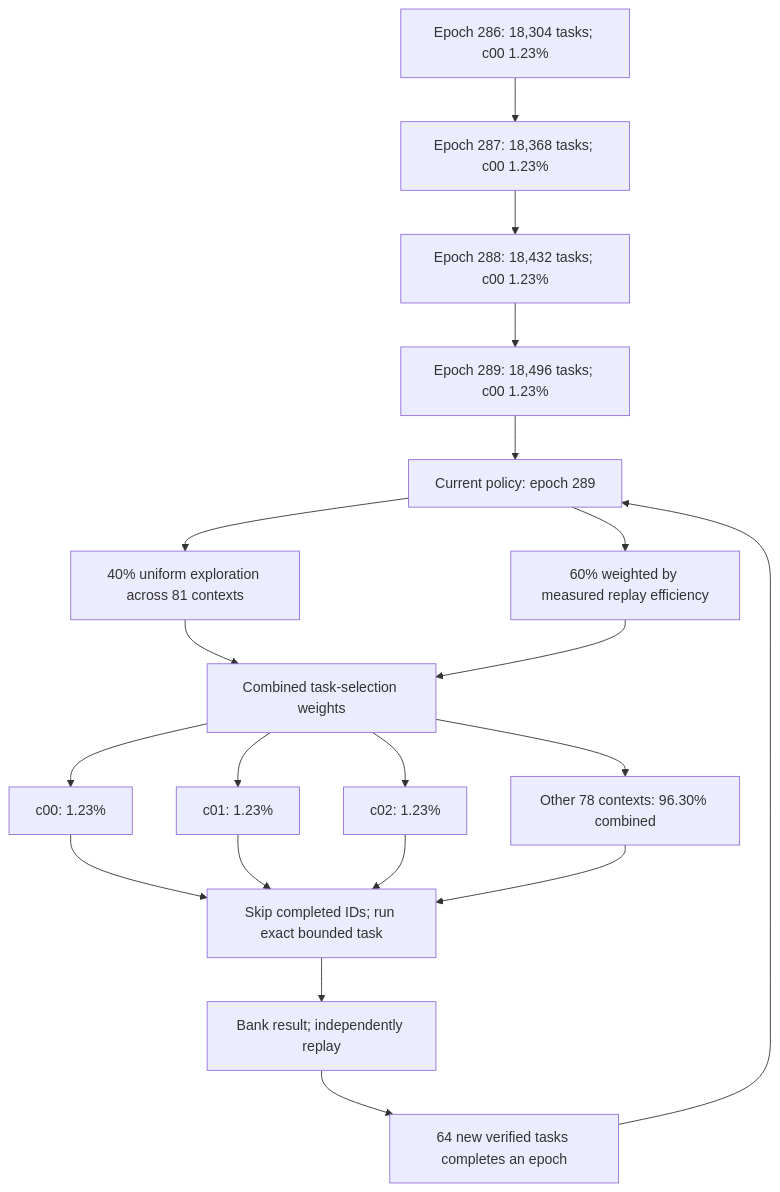
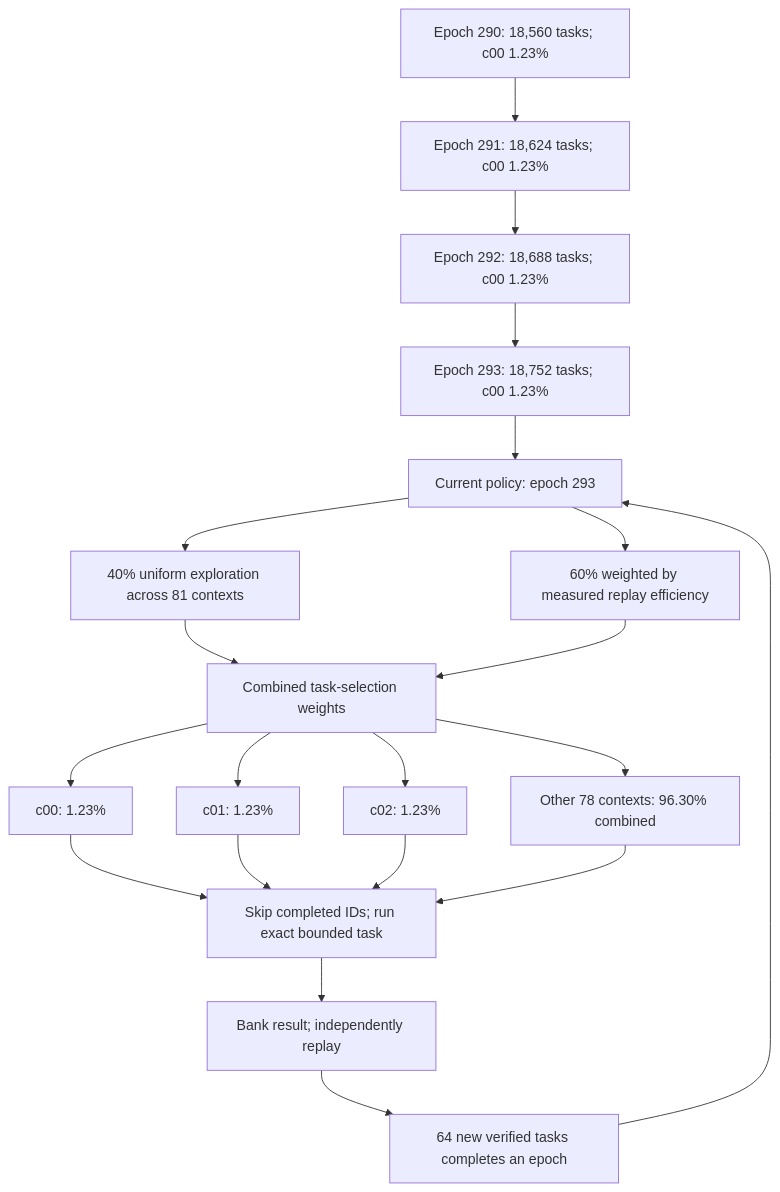
Before and after one commit to Kuberwastaken/math-gambling: the first of 2 diagrams in README.md, drawn with Mermaid. The commit also changed other lines of this file and 596 other files, not shown here.

````diff
--- a/README.md
+++ b/README.md
@@ -49,27 +49,27 @@
 ```mermaid
 flowchart TD
-    H0["Epoch 286: 18,304 tasks; c00 1.23%"]
-    H1["Epoch 287: 18,368 tasks; c00 1.23%"]
+    H0["Epoch 290: 18,560 tasks; c00 1.23%"]
+    H1["Epoch 291: 18,624 tasks; c00 1.23%"]
     H0 --> H1
-    H2["Epoch 288: 18,432 tasks; c00 1.23%"]
+    H2["Epoch 292: 18,688 tasks; c00 1.23%"]
     H1 --> H2
-    H3["Epoch 289: 18,496 tasks; c00 1.23%"]
+    H3["Epoch 293: 18,752 tasks; c00 1.23%"]
     H2 --> H3
-    Policy["Current policy: epoch 289"]
+    Policy["Current policy: epoch 293"]
     H3 --> Policy
     Policy --> Explore["40% uniform exploration across 81 contexts"]
     Policy --> Cost["60% weighted by measured replay efficiency"]
     Explore --> Mix["Combined task-selection weights"]
     Cost --> Mix
     Mix --> C0["c00: 1.23%"]
     Mix --> C1["c01: 1.23%"]
     Mix --> C2["c02: 1.23%"]
     Mix --> Rest["Other 78 contexts: 96.30% combined"]
     C0 --> Check["Skip completed IDs; run exact bounded task"]
     C1 --> Check
     C2 --> Check
     Rest --> Check
     Check --> Replay["Bank result; independently replay"]
     Replay --> Gate["64 new verified tasks completes an epoch"]
     Gate --> Policy
 ```
````
